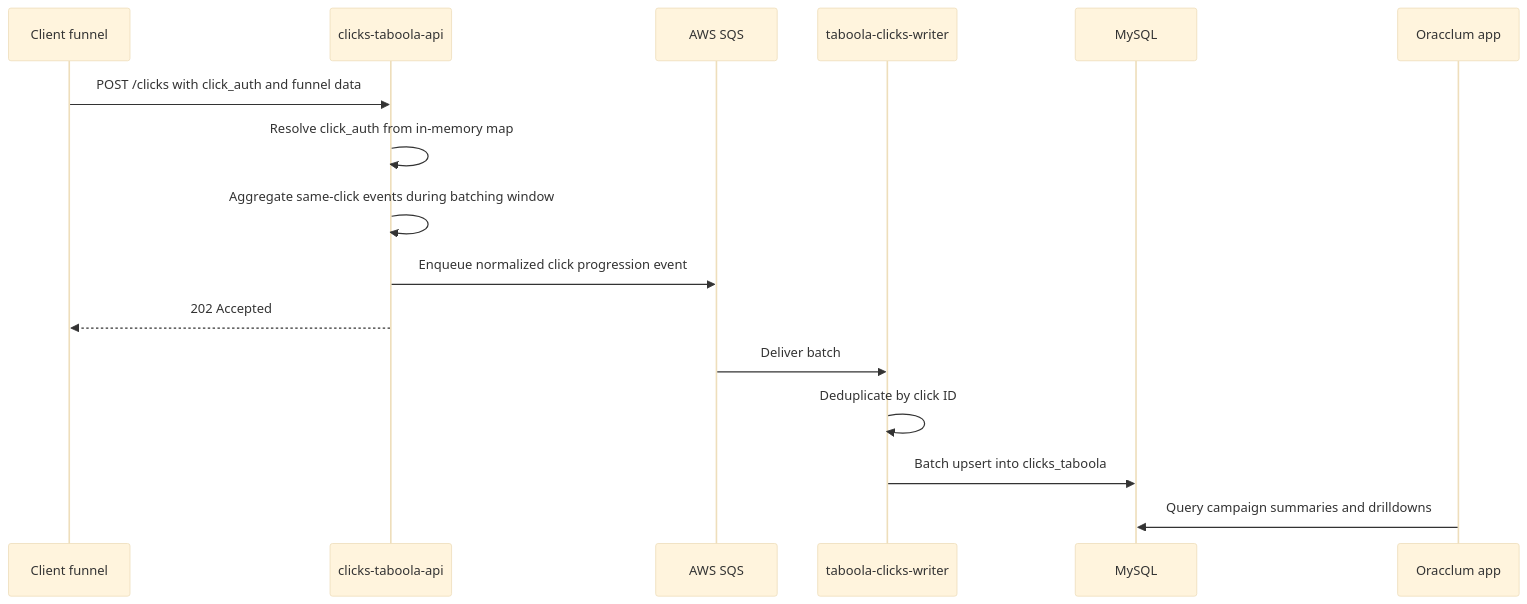
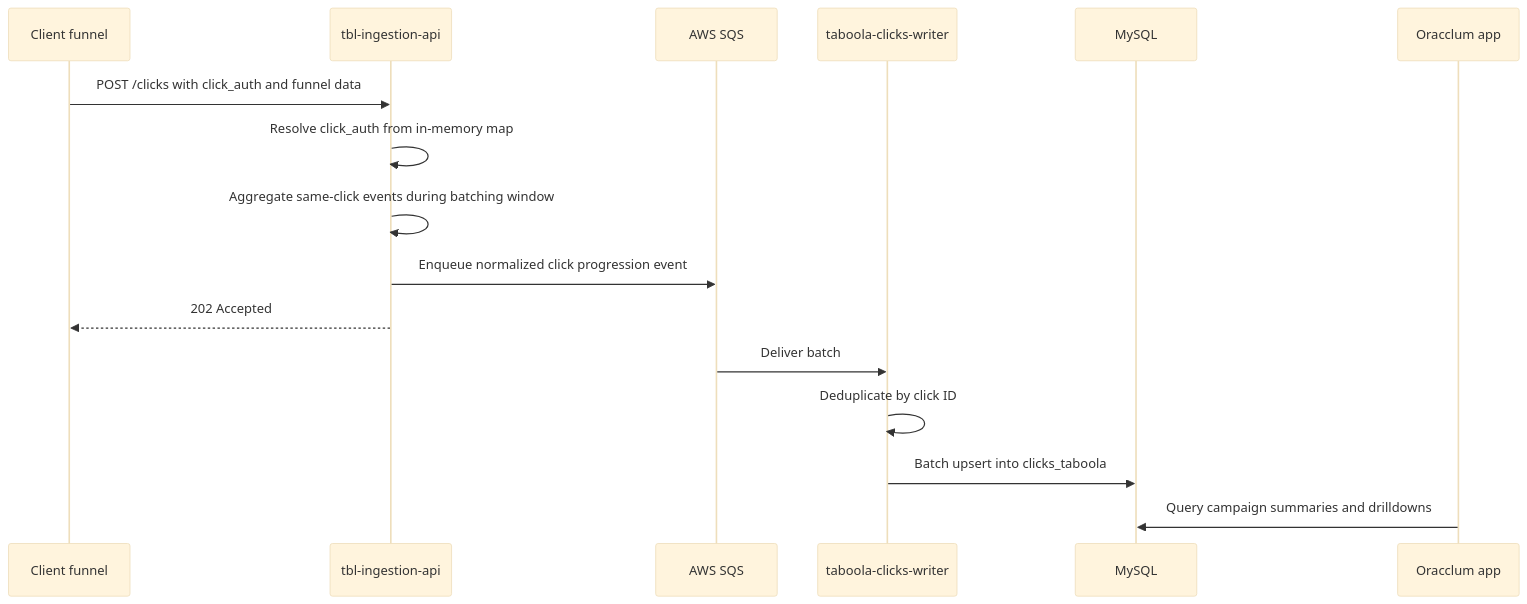
The second of 3 diagrams in README.md (FCRez95/oracclum), drawn with Mermaid (base theme) before and after one commit. The commit also changed other lines of this file and 48 other files, not shown here.

Commit message:
chore: add tbl-ingestion-api service to project

````diff
--- a/README.md
+++ b/README.md
@@ -93,19 +98,19 @@
 ```mermaid
 sequenceDiagram
     participant Campaign as Client funnel
-    participant API as clicks-taboola-api
+    participant API as tbl-ingestion-api
     participant SQS as AWS SQS
     participant Lambda as taboola-clicks-writer
     participant DB as MySQL
     participant App as Oracclum app
 
     Campaign->>API: POST /clicks with click_auth and funnel data
     API->>API: Resolve click_auth from in-memory map
     API->>API: Aggregate same-click events during batching window
     API->>SQS: Enqueue normalized click progression event
     API-->>Campaign: 202 Accepted
     SQS->>Lambda: Deliver batch
     Lambda->>Lambda: Deduplicate by click ID
     Lambda->>DB: Batch upsert into clicks_taboola
     App->>DB: Query campaign summaries and drilldowns
 ```
````
